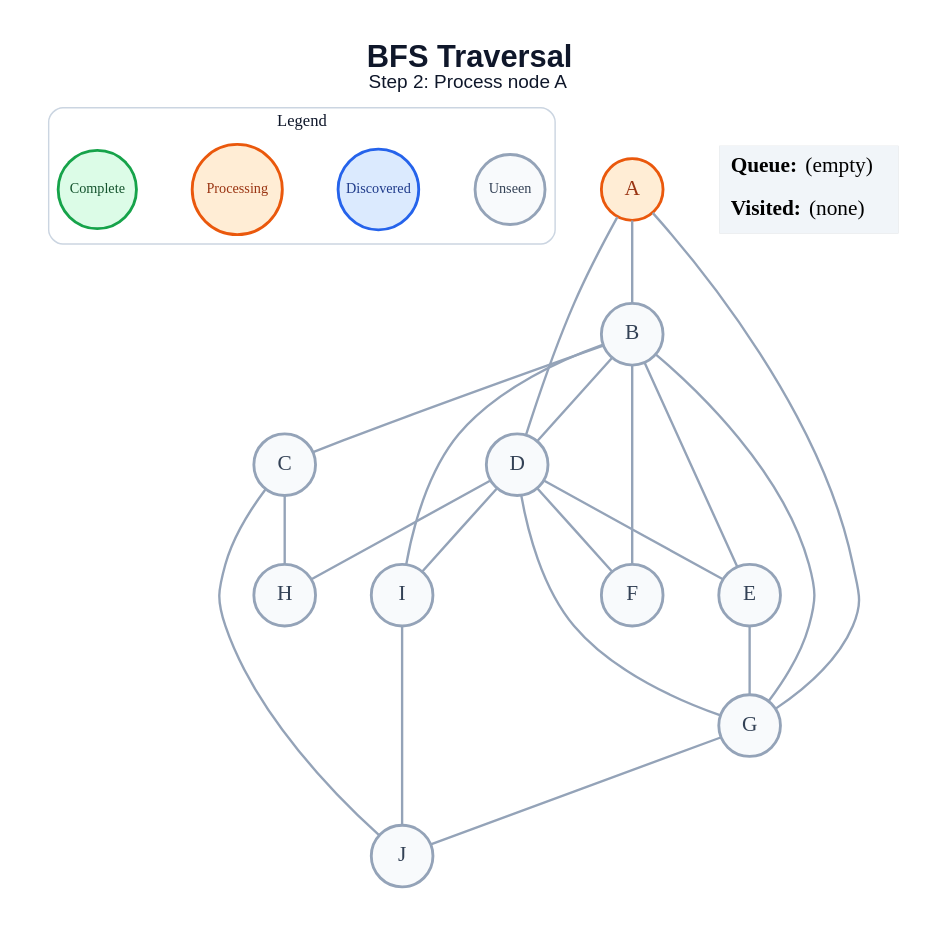
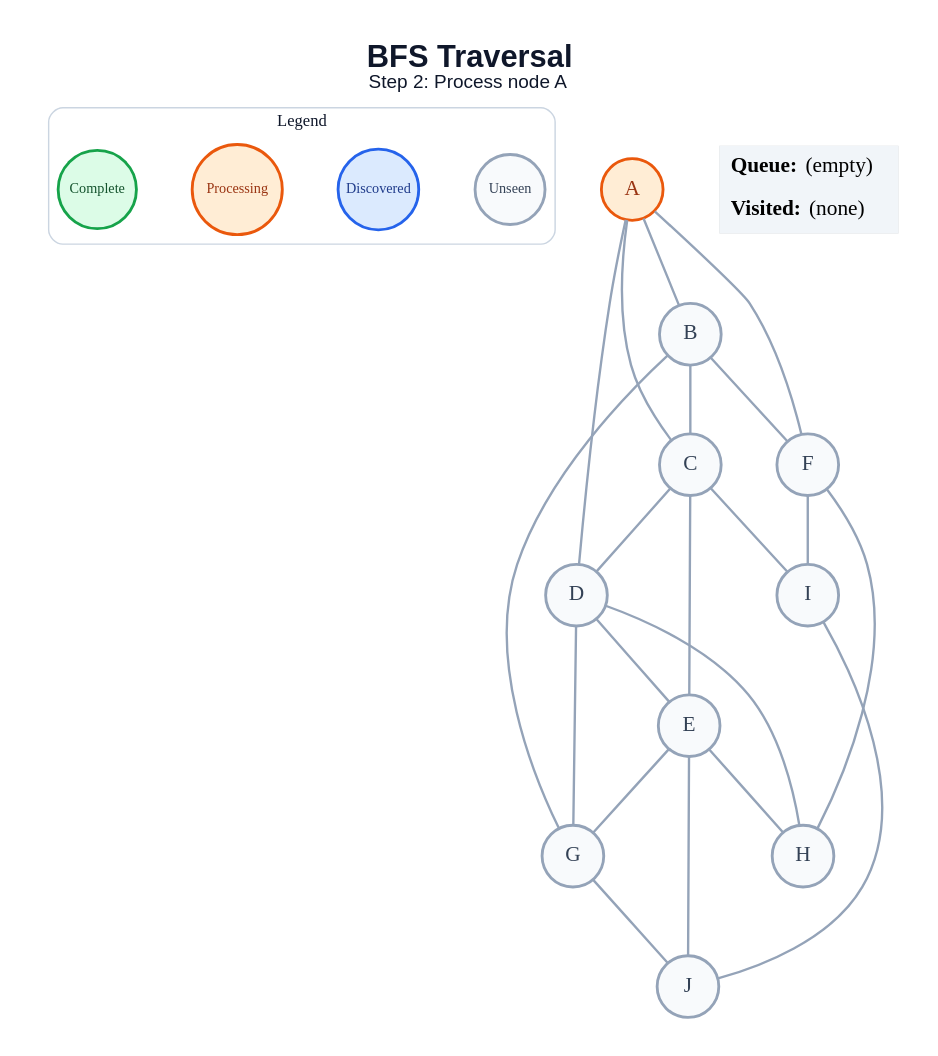
One commit to anon7238593-create/ai-slop changed the diagram in generated/bfs/step_02.dot. Above: the diagram before and after it, drawn with Graphviz. The commit also changed 178 other files, not shown here.

```diff
--- a/generated/bfs/step_02.dot
+++ b/generated/bfs/step_02.dot
@@ -1,48 +1,49 @@
 graph traversal {
   graph [layout=dot, rankdir=TB, bgcolor="#FFFFFF", pad="0.35", nodesep="0.65", ranksep="0.8", fontname="Arial"];
   node [shape=circle, style="filled", fontname="Arial Bold", fontsize=18, width=0.72, fixedsize=true, penwidth=2.4];
   edge [color="#94A3B8", penwidth=2.0];
   label=<<B>BFS Traversal</B><BR/><FONT POINT-SIZE="16">Step 2: Process node A</FONT>>; labelloc="t"; fontsize=26; fontname="Arial"; fontcolor="#0F172A";
   subgraph cluster_legend { label="Legend"; color="#CBD5E1"; penwidth=1.2; style="rounded"; fontsize=14; fontname="Arial Bold";
     key_unseen [label="Unseen", fillcolor="#F8FAFC", color="#94A3B8", fontcolor="#334155", fontsize=12, width=0.82];
     key_frontier [label="Discovered", fillcolor="#DBEAFE", color="#2563EB", fontcolor="#1E3A8A", fontsize=12, width=0.95];
     key_current [label="Processing", fillcolor="#FFEDD5", color="#EA580C", fontcolor="#9A3412", fontsize=12, width=1.05];
     key_done [label="Complete", fillcolor="#DCFCE7", color="#16A34A", fontcolor="#14532D", fontsize=12, width=0.92];
     { rank=same; key_unseen; key_frontier; key_current; key_done; }
   }
   A [fillcolor="#FFEDD5", color="#EA580C", fontcolor="#9A3412"];
   B [fillcolor="#F8FAFC", color="#94A3B8", fontcolor="#334155"];
   C [fillcolor="#F8FAFC", color="#94A3B8", fontcolor="#334155"];
   D [fillcolor="#F8FAFC", color="#94A3B8", fontcolor="#334155"];
   E [fillcolor="#F8FAFC", color="#94A3B8", fontcolor="#334155"];
   F [fillcolor="#F8FAFC", color="#94A3B8", fontcolor="#334155"];
   G [fillcolor="#F8FAFC", color="#94A3B8", fontcolor="#334155"];
   H [fillcolor="#F8FAFC", color="#94A3B8", fontcolor="#334155"];
   I [fillcolor="#F8FAFC", color="#94A3B8", fontcolor="#334155"];
   J [fillcolor="#F8FAFC", color="#94A3B8", fontcolor="#334155"];
   A -- B;
+  A -- C;
   A -- D;
-  A -- G;
+  A -- F;
   B -- C;
-  B -- D;
-  B -- E;
   B -- F;
   B -- G;
-  B -- I;
-  C -- H;
-  C -- J;
+  C -- D;
+  C -- E;
+  C -- I;
   D -- E;
-  D -- F;
   D -- G;
   D -- H;
-  D -- I;
   E -- G;
+  E -- H;
+  E -- J;
+  F -- H;
+  F -- I;
   G -- J;
   I -- J;
   status [shape=plain, fixedsize=false, width=0, height=0, margin=0, label=<
     <TABLE BORDER="0" CELLBORDER="0" CELLPADDING="7" BGCOLOR="#F1F5F9">
       <TR><TD ALIGN="LEFT"><B>Queue:</B> (empty)</TD></TR>
       <TR><TD ALIGN="LEFT"><B>Visited:</B> (none)</TD></TR>
     </TABLE>
   >];
 }
```
